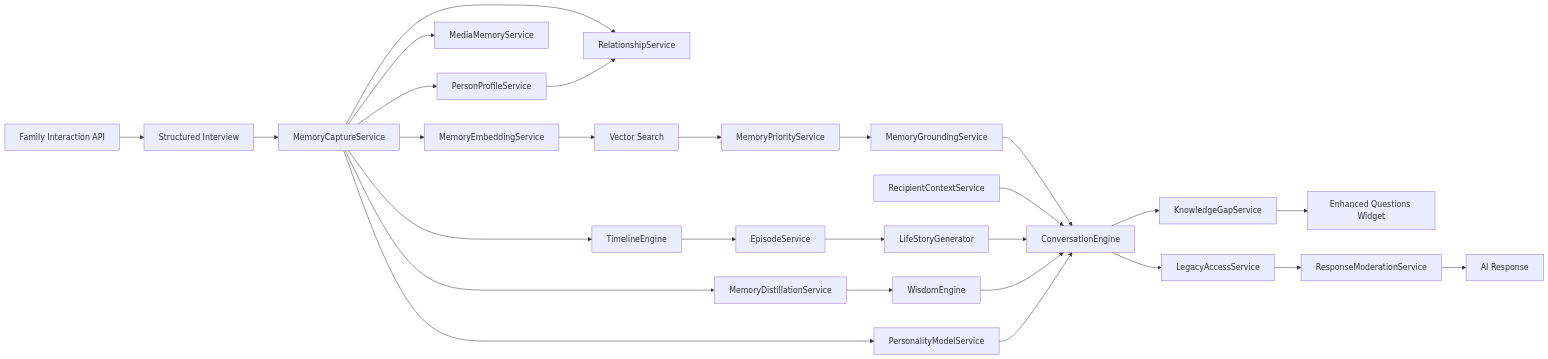
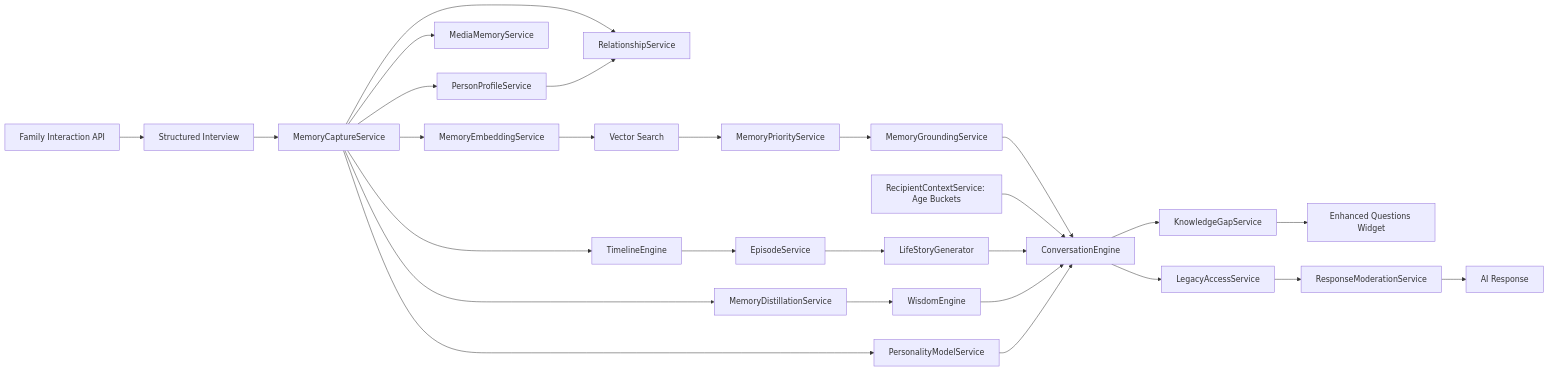
One commit to ali919191/legacyai changed the diagram in README.md. Above: the diagram before and after it, drawn with Mermaid. The commit also changed other lines of this file and 4 other files, not shown here.

Commit message:
Add age-aware recipient profile system for personalized responses.

````diff
--- a/README.md
+++ b/README.md
@@ -433,42 +455,42 @@
 ```mermaid
 flowchart LR
     API[Family Interaction API]
     INTERVIEW[Structured Interview]
     MEMORY[MemoryCaptureService]
     PROFILE[PersonProfileService]
     RELATIONSHIP[RelationshipService]
     MEDIA[MediaMemoryService]
     TIMELINE[TimelineEngine]
     EPISODE[EpisodeService]
     EMBED[MemoryEmbeddingService]
     VECTOR[Vector Search]
     PRIORITY[MemoryPriorityService]
     GROUNDING[MemoryGroundingService]
-    RECIPIENT[RecipientContextService]
+    RECIPIENT[RecipientContextService: Age Buckets]
     WISDOM[WisdomEngine]
     STORY[LifeStoryGenerator]
     CONVO[ConversationEngine]
     GAP[KnowledgeGapService]
     WIDGET[Enhanced Questions Widget]
     PERSONA[PersonalityModelService]
     DISTILL[MemoryDistillationService]
     ACCESS[LegacyAccessService]
     MOD[ResponseModerationService]
     RESPONSE[AI Response]
 
     API --> INTERVIEW --> MEMORY
     MEMORY --> PROFILE
     MEMORY --> RELATIONSHIP
     PROFILE --> RELATIONSHIP
     MEMORY --> MEDIA
     MEMORY --> TIMELINE --> EPISODE
     EPISODE --> STORY
     MEMORY --> EMBED --> VECTOR --> PRIORITY --> GROUNDING --> CONVO
     RECIPIENT --> CONVO
     STORY --> CONVO
     CONVO --> GAP --> WIDGET
     MEMORY --> PERSONA
     MEMORY --> DISTILL --> WISDOM --> CONVO
     PERSONA --> CONVO
     CONVO --> ACCESS --> MOD --> RESPONSE
 ```
````
